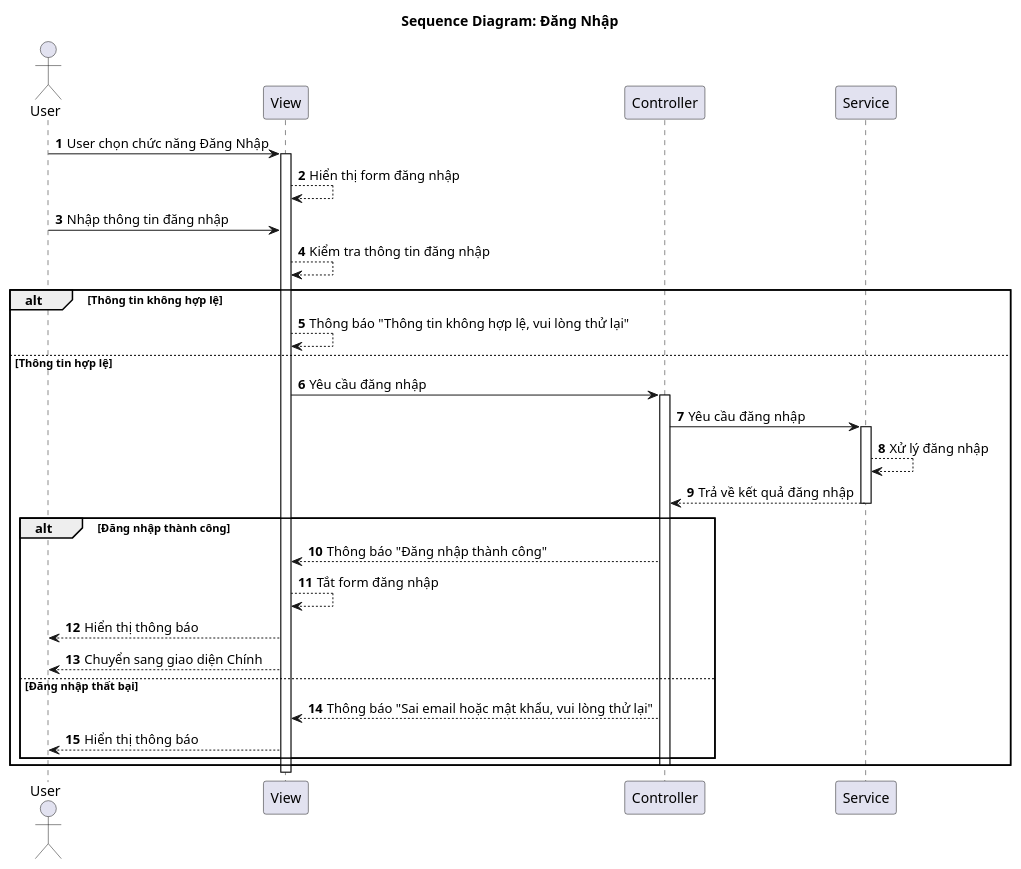
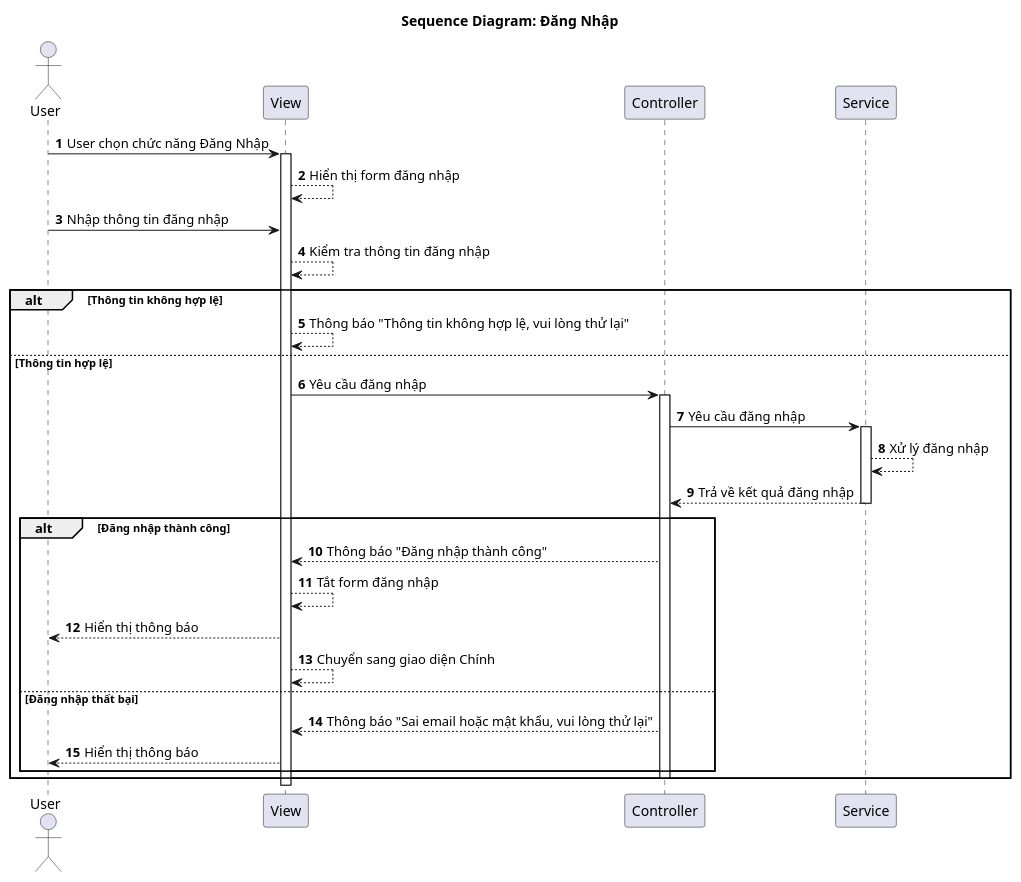
One commit to vinh047/soundwave changed the diagram in Diagrams/SequenceDiagram/LoginSD.plantuml. Above: the diagram before and after it, drawn with PlantUML. The commit also changed 4 other files, not shown here.

Commit message:
Đổi đường đi của Chuyển sang giao diện trong SD

```diff
--- a/Diagrams/SequenceDiagram/LoginSD.plantuml
+++ b/Diagrams/SequenceDiagram/LoginSD.plantuml
@@ -1,40 +1,40 @@
 @startuml SD
 
 actor "User" as User
 participant "View" as View
 participant "Controller" as Controller
 participant "Service" as Service
 
 title Sequence Diagram: Đăng Nhập
 
 autonumber
 
 User -> View: User chọn chức năng Đăng Nhập
 activate View
 View --> View: Hiển thị form đăng nhập
 User -> View: Nhập thông tin đăng nhập
 View --> View: Kiểm tra thông tin đăng nhập
 alt Thông tin không hợp lệ
     View --> View: Thông báo "Thông tin không hợp lệ, vui lòng thử lại"
 else Thông tin hợp lệ
     View -> Controller: Yêu cầu đăng nhập
     activate Controller
     Controller -> Service: Yêu cầu đăng nhập
     activate Service
     Service --> Service: Xử lý đăng nhập
     Service --> Controller: Trả về kết quả đăng nhập
     deactivate Service
     alt Đăng nhập thành công
         Controller --> View: Thông báo "Đăng nhập thành công"
         View --> View: Tắt form đăng nhập
         View --> User: Hiển thị thông báo
-        View --> User: Chuyển sang giao diện Chính
+        View --> View: Chuyển sang giao diện Chính
     else Đăng nhập thất bại
         Controller --> View: Thông báo "Sai email hoặc mật khẩu, vui lòng thử lại"
         View --> User: Hiển thị thông báo
     end
     deactivate Controller
 end
 
 deactivate View
 @enduml
```
